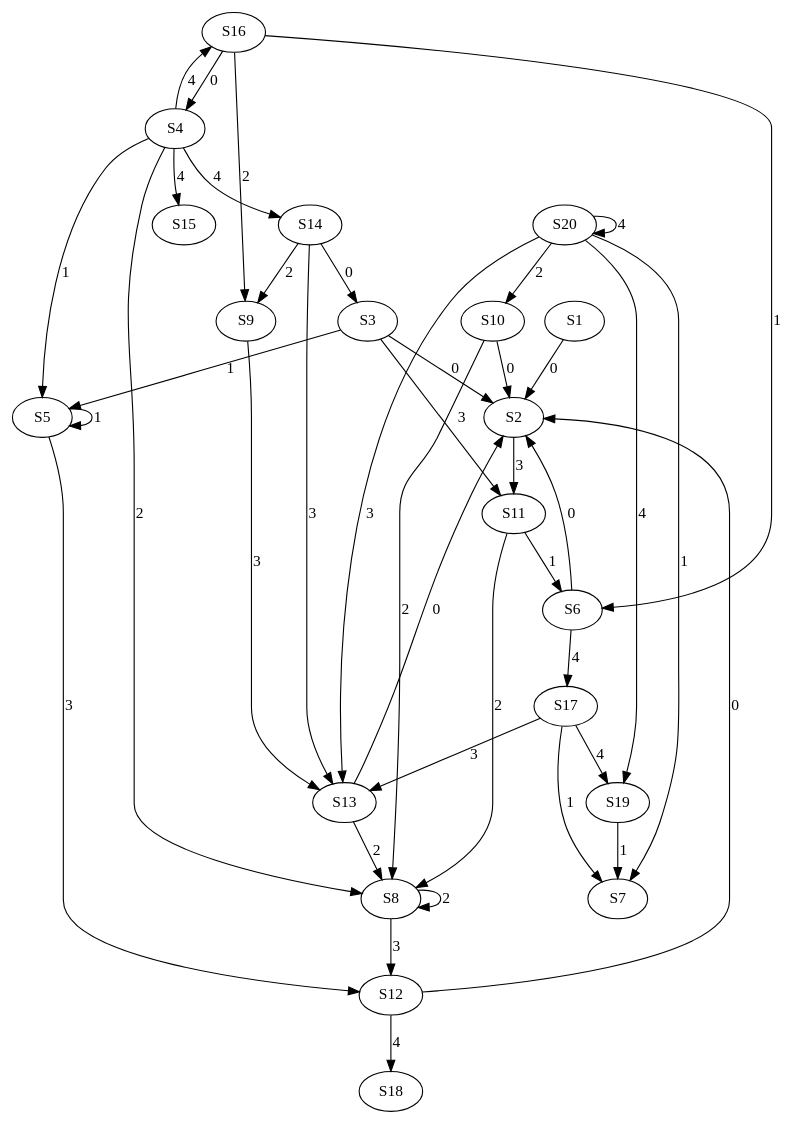
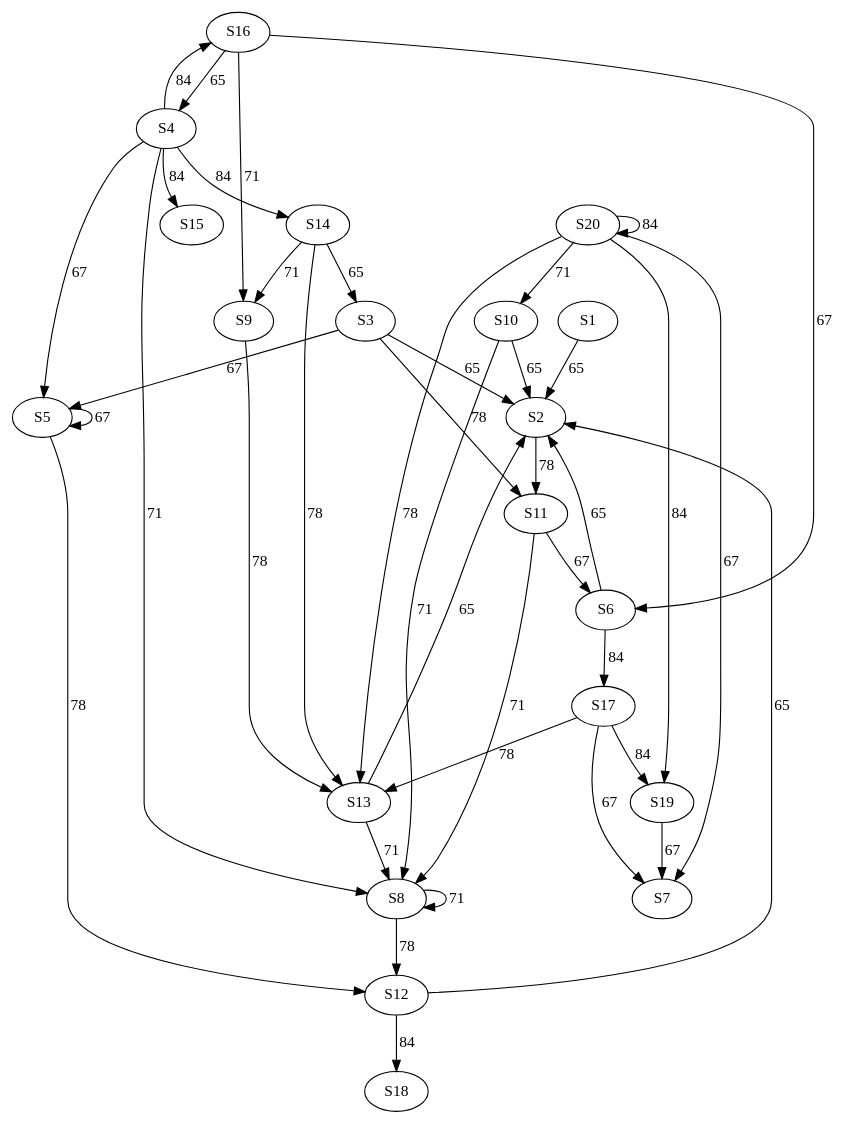
Before and after one commit to regindex/finite-automata-partition-refinement: the diagram in data/randWG.dot, drawn with Graphviz. The commit also changed 21 other files, not shown here.

```diff
--- a/data/randWG.dot
+++ b/data/randWG.dot
@@ -1,42 +1,42 @@
 strict digraph {
-	S1 -> S2 [ label = 0 ];
-	S3 -> S2 [ label = 0 ];
-	S6 -> S2 [ label = 0 ];
-	S10 -> S2 [ label = 0 ];
-	S12 -> S2 [ label = 0 ];
-	S13 -> S2 [ label = 0 ];
-	S14 -> S3 [ label = 0 ];
-	S16 -> S4 [ label = 0 ];
-	S3 -> S5 [ label = 1 ];
-	S4 -> S5 [ label = 1 ];
-	S5 -> S5 [ label = 1 ];
-	S11 -> S6 [ label = 1 ];
-	S16 -> S6 [ label = 1 ];
-	S17 -> S7 [ label = 1 ];
-	S19 -> S7 [ label = 1 ];
-	S20 -> S7 [ label = 1 ];
-	S4 -> S8 [ label = 2 ];
-	S8 -> S8 [ label = 2 ];
-	S10 -> S8 [ label = 2 ];
-	S11 -> S8 [ label = 2 ];
-	S13 -> S8 [ label = 2 ];
-	S14 -> S9 [ label = 2 ];
-	S16 -> S9 [ label = 2 ];
-	S20 -> S10 [ label = 2 ];
-	S2 -> S11 [ label = 3 ];
-	S3 -> S11 [ label = 3 ];
-	S5 -> S12 [ label = 3 ];
-	S8 -> S12 [ label = 3 ];
-	S9 -> S13 [ label = 3 ];
-	S14 -> S13 [ label = 3 ];
-	S17 -> S13 [ label = 3 ];
-	S20 -> S13 [ label = 3 ];
-	S4 -> S14 [ label = 4 ];
-	S4 -> S15 [ label = 4 ];
-	S4 -> S16 [ label = 4 ];
-	S6 -> S17 [ label = 4 ];
-	S12 -> S18 [ label = 4 ];
-	S17 -> S19 [ label = 4 ];
-	S20 -> S19 [ label = 4 ];
-	S20 -> S20 [ label = 4 ];
+	S1 -> S2 [ label = 65 ];
+	S3 -> S2 [ label = 65 ];
+	S6 -> S2 [ label = 65 ];
+	S10 -> S2 [ label = 65 ];
+	S12 -> S2 [ label = 65 ];
+	S13 -> S2 [ label = 65 ];
+	S14 -> S3 [ label = 65 ];
+	S16 -> S4 [ label = 65 ];
+	S3 -> S5 [ label = 67 ];
+	S4 -> S5 [ label = 67 ];
+	S5 -> S5 [ label = 67 ];
+	S11 -> S6 [ label = 67 ];
+	S16 -> S6 [ label = 67 ];
+	S17 -> S7 [ label = 67 ];
+	S19 -> S7 [ label = 67 ];
+	S20 -> S7 [ label = 67 ];
+	S4 -> S8 [ label = 71 ];
+	S8 -> S8 [ label = 71 ];
+	S10 -> S8 [ label = 71 ];
+	S11 -> S8 [ label = 71 ];
+	S13 -> S8 [ label = 71 ];
+	S14 -> S9 [ label = 71 ];
+	S16 -> S9 [ label = 71 ];
+	S20 -> S10 [ label = 71 ];
+	S2 -> S11 [ label = 78 ];
+	S3 -> S11 [ label = 78 ];
+	S5 -> S12 [ label = 78 ];
+	S8 -> S12 [ label = 78 ];
+	S9 -> S13 [ label = 78 ];
+	S14 -> S13 [ label = 78 ];
+	S17 -> S13 [ label = 78 ];
+	S20 -> S13 [ label = 78 ];
+	S4 -> S14 [ label = 84 ];
+	S4 -> S15 [ label = 84 ];
+	S4 -> S16 [ label = 84 ];
+	S6 -> S17 [ label = 84 ];
+	S12 -> S18 [ label = 84 ];
+	S17 -> S19 [ label = 84 ];
+	S20 -> S19 [ label = 84 ];
+	S20 -> S20 [ label = 84 ];
 }
```
